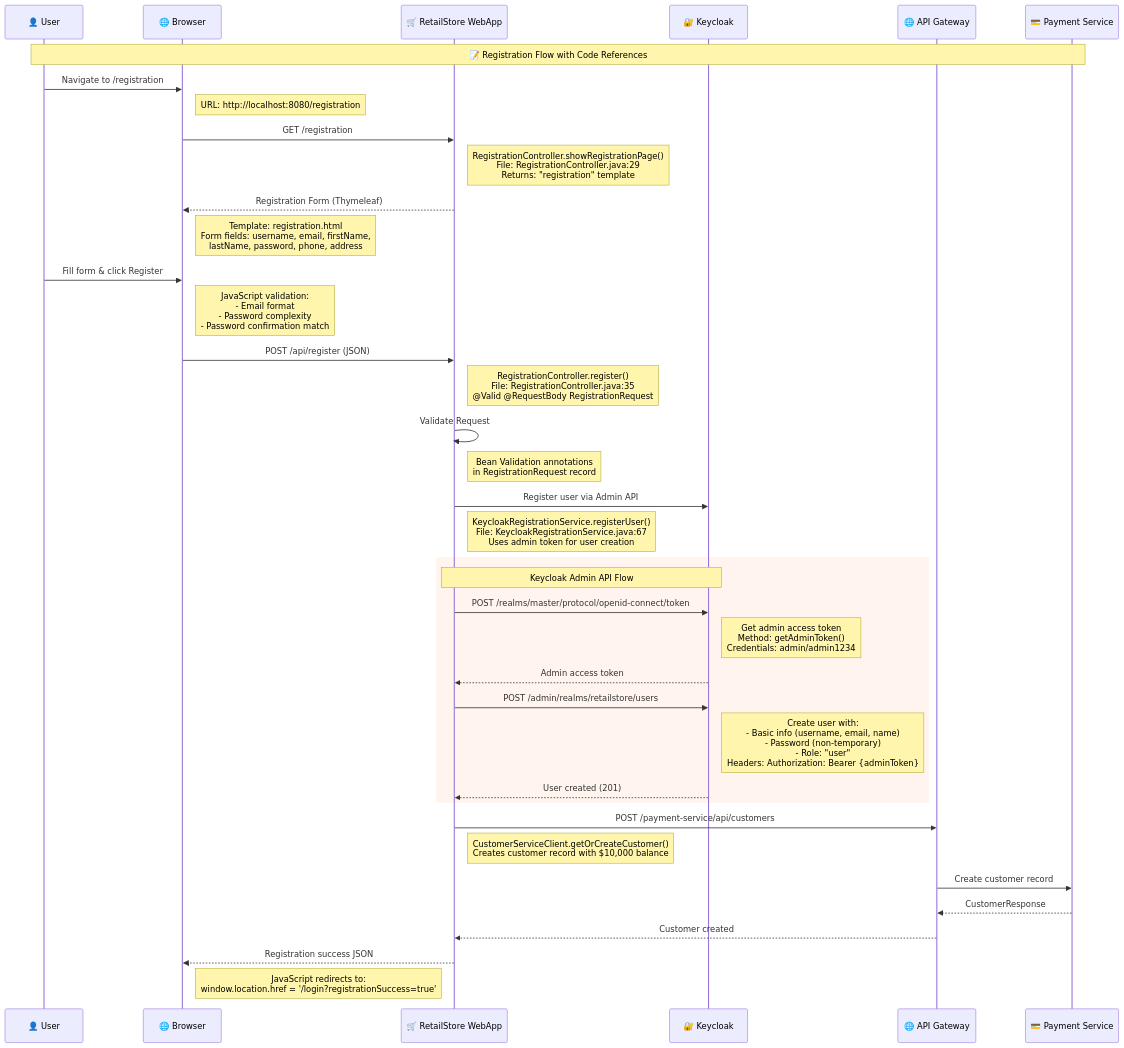
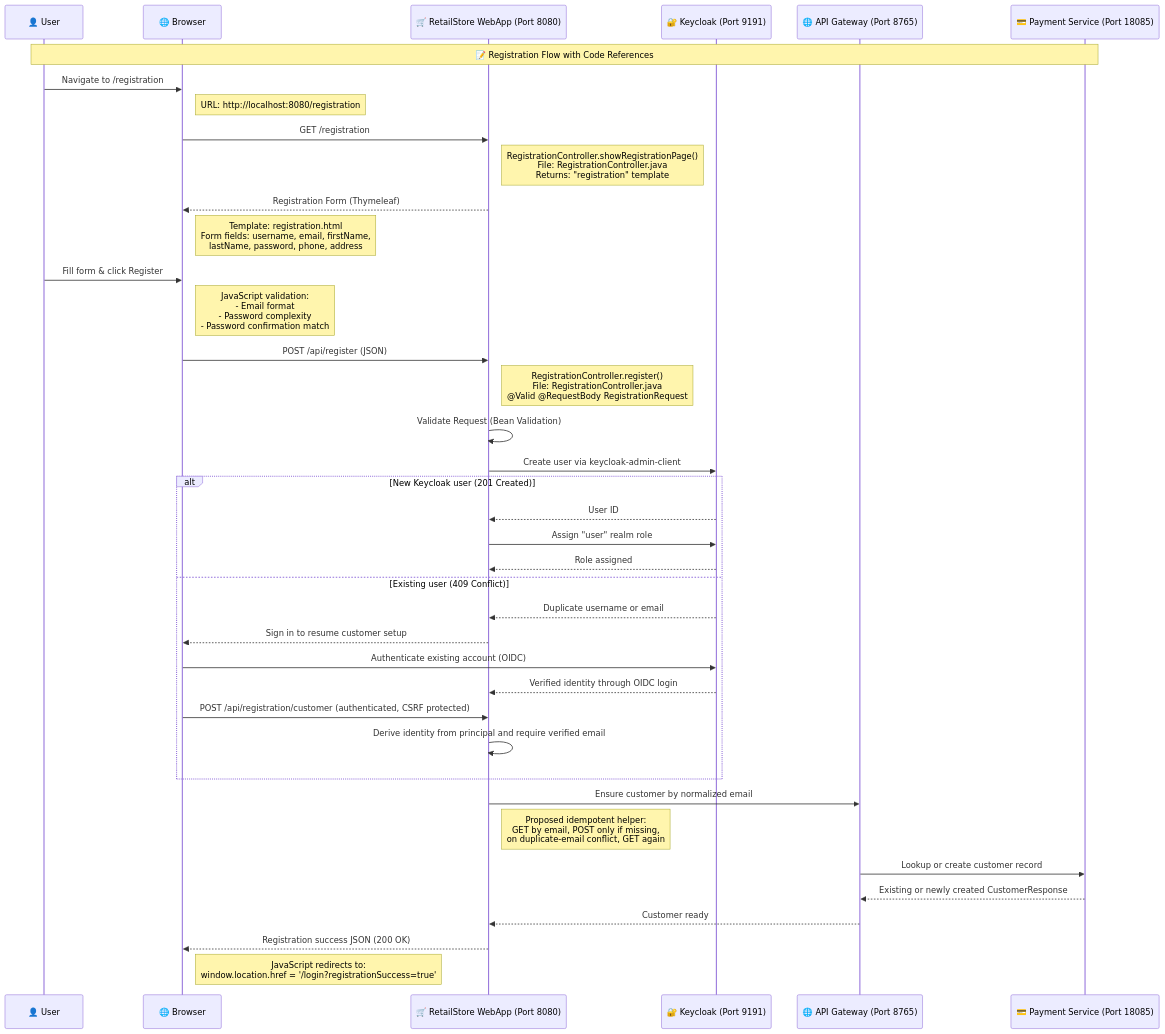
Before and after one commit to rajadilipkolli/spring-boot-microservices-series-v2: the first of 5 diagrams in retail-store-webapp/RetailStore-Authentication-Deep-Dive.md, drawn with Mermaid. The commit also changed other lines of this file and 51 other files, not shown here.

````diff
--- a/retail-store-webapp/RetailStore-Authentication-Deep-Dive.md
+++ b/retail-store-webapp/RetailStore-Authentication-Deep-Dive.md
@@ -20,55 +29,51 @@
 ```mermaid
 sequenceDiagram
     participant User as 👤 User
     participant Browser as 🌐 Browser
-    participant WebApp as 🛒 RetailStore WebApp
-    participant KC as 🔐 Keycloak
-    participant Gateway as 🌐 API Gateway
-    participant Payment as 💳 Payment Service
+    participant WebApp as 🛒 RetailStore WebApp (Port 8080)
+    participant KC as 🔐 Keycloak (Port 9191)
+    participant Gateway as 🌐 API Gateway (Port 8765)
+    participant Payment as 💳 Payment Service (Port 18085)
 
     Note over User, Payment: 📝 Registration Flow with Code References
 
     User->>Browser: Navigate to /registration
     Note right of Browser: URL: http://localhost:8080/registration
     
     Browser->>WebApp: GET /registration
-    Note right of WebApp: RegistrationController.showRegistrationPage()<br/>File: RegistrationController.java:29<br/>Returns: "registration" template
+    Note right of WebApp: RegistrationController.showRegistrationPage()<br/>File: RegistrationController.java<br/>Returns: "registration" template
     
     WebApp-->>Browser: Registration Form (Thymeleaf)
     Note right of Browser: Template: registration.html<br/>Form fields: username, email, firstName,<br/>lastName, password, phone, address
     
     User->>Browser: Fill form & click Register
     Note right of Browser: JavaScript validation:<br/>- Email format<br/>- Password complexity<br/>- Password confirmation match
     
     Browser->>WebApp: POST /api/register (JSON)
-    Note right of WebApp: RegistrationController.register()<br/>File: RegistrationController.java:35<br/>@Valid @RequestBody RegistrationRequest
+    Note right of WebApp: RegistrationController.register()<br/>File: RegistrationController.java<br/>@Valid @RequestBody RegistrationRequest
     
-    WebApp->>WebApp: Validate Request
-    Note right of WebApp: Bean Validation annotations<br/>in RegistrationRequest record
+    WebApp->>WebApp: Validate Request (Bean Validation)
     
-    WebApp->>KC: Register user via Admin API
-    Note right of WebApp: KeycloakRegistrationService.registerUser()<br/>File: KeycloakRegistrationService.java:67<br/>Uses admin token for user creation
-    
-    rect rgb(255, 245, 238)
-        Note over WebApp, KC: Keycloak Admin API Flow
-        WebApp->>KC: POST /realms/master/protocol/openid-connect/token
-        Note right of KC: Get admin access token<br/>Method: getAdminToken()<br/>Credentials: admin/admin1234
-        
-        KC-->>WebApp: Admin access token
-        
-        WebApp->>KC: POST /admin/realms/retailstore/users
-        Note right of KC: Create user with:<br/>- Basic info (username, email, name)<br/>- Password (non-temporary)<br/>- Role: "user"<br/>Headers: Authorization: Bearer {adminToken}
-        
-        KC-->>WebApp: User created (201)
+    WebApp->>KC: Create user via keycloak-admin-client
+    alt New Keycloak user (201 Created)
+        KC-->>WebApp: User ID
+        WebApp->>KC: Assign "user" realm role
+        KC-->>WebApp: Role assigned
+    else Existing user (409 Conflict)
+        KC-->>WebApp: Duplicate username or email
+        WebApp-->>Browser: Sign in to resume customer setup
+        Browser->>KC: Authenticate existing account (OIDC)
+        KC-->>WebApp: Verified identity through OIDC login
+        Browser->>WebApp: POST /api/registration/customer (authenticated, CSRF protected)
+        WebApp->>WebApp: Derive identity from principal and require verified email
     end
-    
-    WebApp->>Gateway: POST /payment-service/api/customers
-    Note right of WebApp: CustomerServiceClient.getOrCreateCustomer()<br/>Creates customer record with $10,000 balance
-    
-    Gateway->>Payment: Create customer record
-    Payment-->>Gateway: CustomerResponse
-    Gateway-->>WebApp: Customer created
-    
-    WebApp-->>Browser: Registration success JSON
+
+    WebApp->>Gateway: Ensure customer by normalized email
+    Note right of WebApp: Proposed idempotent helper:<br/>GET by email, POST only if missing,<br/>on duplicate-email conflict, GET again
+    Gateway->>Payment: Lookup or create customer record
+    Payment-->>Gateway: Existing or newly created CustomerResponse
+    Gateway-->>WebApp: Customer ready
+
+    WebApp-->>Browser: Registration success JSON (200 OK)
     Note right of Browser: JavaScript redirects to:<br/>window.location.href = '/login?registrationSuccess=true'
 ```
````
